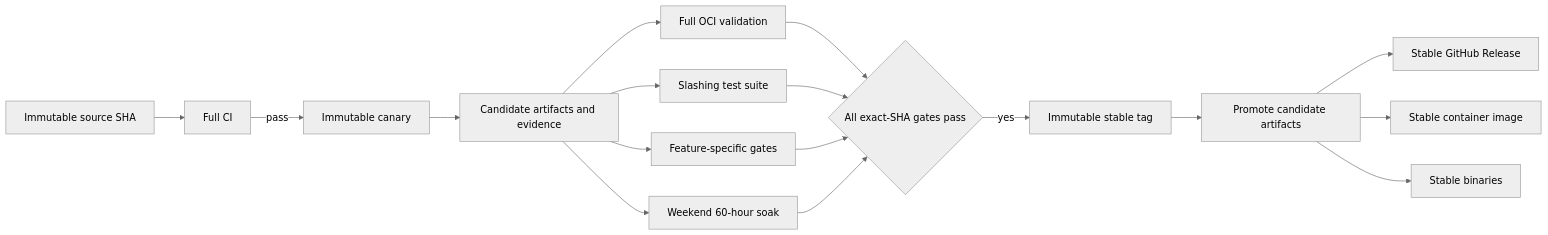
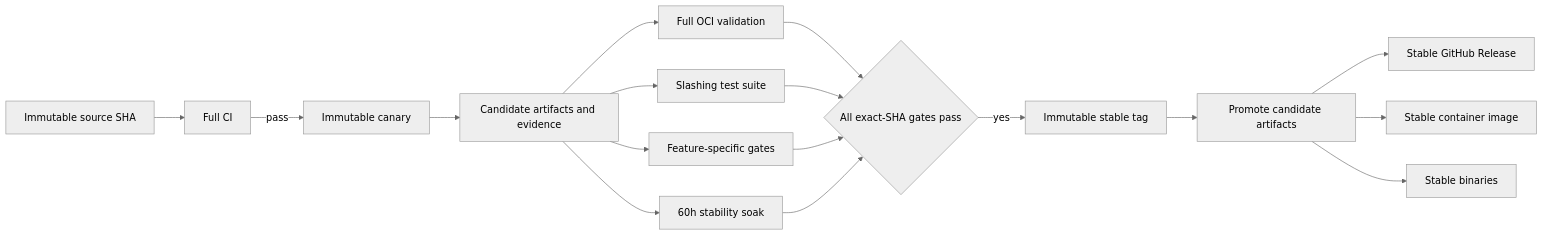
Before and after one commit to F1R3FLY-io/f1r3node-rust: the diagram in docs/release-process.md, drawn with Mermaid (neutral theme). The commit also changed other lines of this file and 4 other files, not shown here.

````diff
--- a/docs/release-process.md
+++ b/docs/release-process.md
@@ -43,19 +43,19 @@
 ```mermaid
 flowchart LR
     A[Immutable source SHA] --> B[Full CI]
     B -->|pass| C[Immutable canary]
     C --> D[Candidate artifacts and evidence]
     D --> E[Full OCI validation]
     D --> F[Slashing test suite]
     D --> G[Feature-specific gates]
-    D --> H[Weekend 60-hour soak]
+    D --> H[60h stability soak]
     E --> I{All exact-SHA gates pass}
     F --> I
     G --> I
     H --> I
     I -->|yes| J[Immutable stable tag]
     J --> K[Promote candidate artifacts]
     K --> L[Stable GitHub Release]
     K --> M[Stable container image]
     K --> N[Stable binaries]
 ```
````
